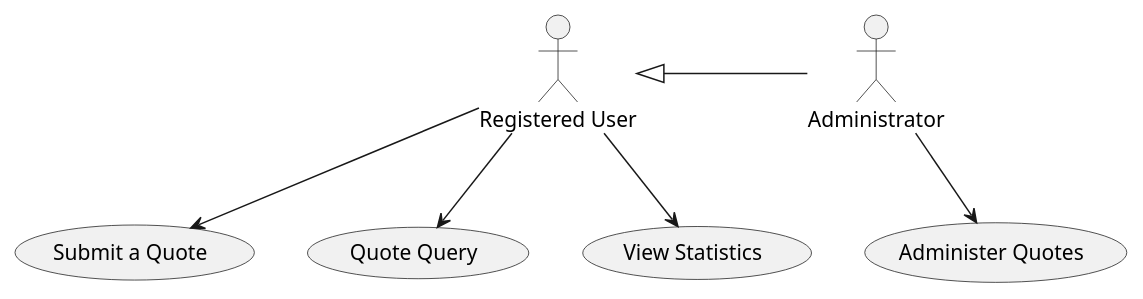
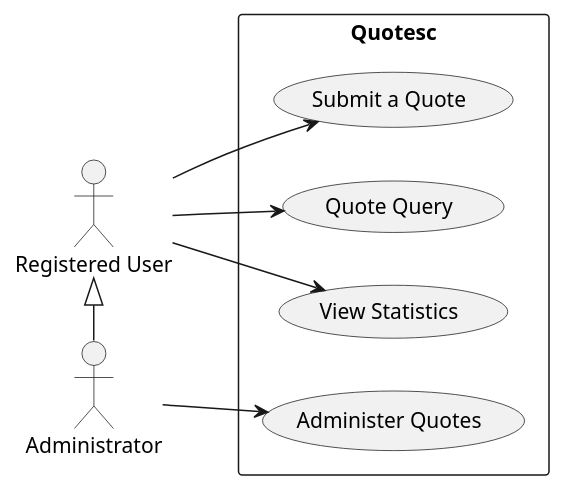
One commit to VanishedVoyager/quotesc-backend changed the second of 2 diagrams in Readme.adoc. Above: the diagram before and after it, drawn with PlantUML.

Commit message:
Fixed Use-Case Diagram

```diff
--- a/Readme.adoc
+++ b/Readme.adoc
@@ -52,19 +52,22 @@
 [plantuml]
 ----
+left to right direction
 
 actor regus as "Registered User"
 actor admin as "Administrator"
 
+rectangle Quotesc {
 usecase UC1 as "Submit a Quote"
 usecase UC2 as "Quote Query"
 usecase UC3 as "View Statistics"
 usecase UC4 as "Administer Quotes"
 
 regus --> UC1
 regus --> UC2
 regus --> UC3
 
 regus <|- admin
 
 admin --> UC4
+}
 ----
```
